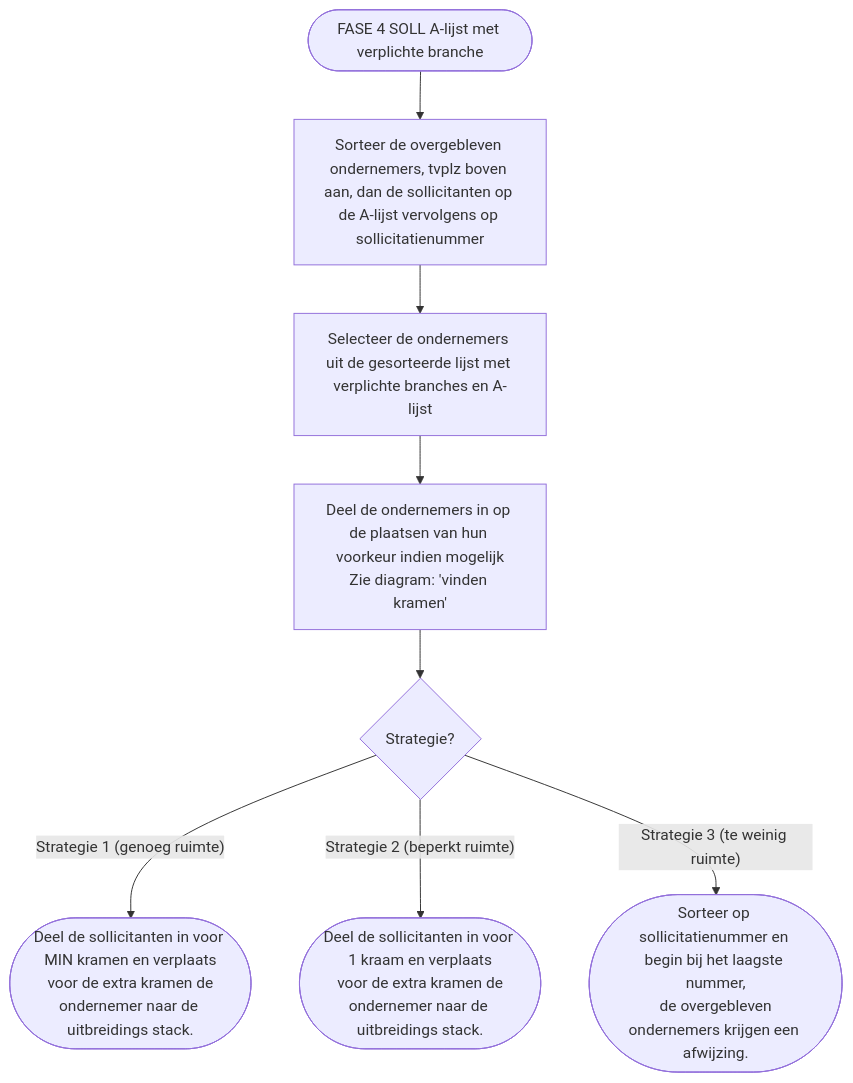
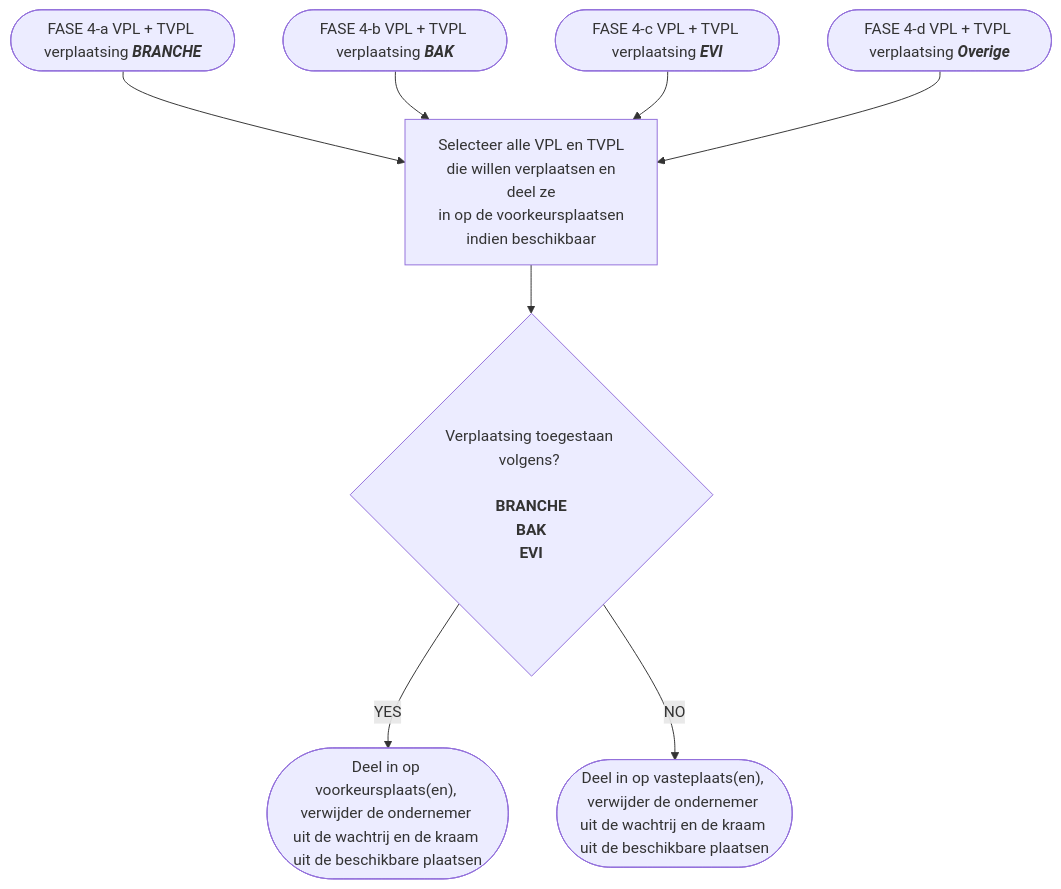
The diagram in diagrams/src/fase_4.mmd (Amsterdam/makkelijkemarkt-allocation), drawn with Mermaid before and after one commit. The commit also changed other lines of this file and 46 other files, not shown here.

Commit message:
new diagrams

```diff
--- a/diagrams/src/fase_4.mmd
+++ b/diagrams/src/fase_4.mmd
@@ -1,9 +1,12 @@
 graph TD
-    A([FASE 4 SOLL A-lijst met verplichte branche]) -->
-    B[Sorteer de overgebleven ondernemers, tvplz boven aan, dan de sollicitanten op de A-lijst vervolgens op sollicitatienummer] -->
-    C[Selecteer de ondernemers uit de gesorteerde lijst met verplichte branches en A-lijst] -->
-    D[Deel de ondernemers in op de plaatsen van hun voorkeur indien mogelijk<br>Zie diagram: 'vinden kramen'] -->
-    E{Strategie?}              
-    E --"Strategie 1 (genoeg ruimte)"--> E1(["Deel de sollicitanten in voor MIN kramen en verplaats<br> voor de extra kramen de ondernemer naar de uitbreidings stack."])
-    E --"Strategie 2 (beperkt ruimte)"--> E2(["Deel de sollicitanten in voor 1 kraam en verplaats<br> voor de extra kramen de ondernemer naar de uitbreidings stack."])
-    E --"Strategie 3 (te weinig ruimte)"--> E3(["Sorteer op sollicitatienummer en begin bij het laagste nummer,<br> de overgebleven ondernemers krijgen een afwijzing."])
+    A([FASE 4-a VPL + TVPL verplaatsing <b><i>BRANCHE</i></b>]) -->
+    B[Selecteer alle VPL en TVPL<br> die willen verplaatsen en deel ze<br> in op de voorkeursplaatsen indien beschikbaar] -->
+    C{"Verplaatsing toegestaan volgens? <b><br><br>BRANCHE<br>BAK<br>EVI</b>"}
+    C --YES--> D(["Deel in op voorkeursplaats(en), <br>verwijder de ondernemer uit de wachtrij en de kraam uit de beschikbare plaatsen"])
+    C --NO--> E(["Deel in op vasteplaats(en), <br>verwijder de ondernemer uit de wachtrij en de kraam uit de beschikbare plaatsen"])
+
+    A1([FASE 4-b VPL + TVPL verplaatsing <b><i>BAK</i></b>]) --> B
+    
+    A2([FASE 4-c VPL + TVPL verplaatsing <b><i>EVI</i></b>]) --> B
+    
+    A3([FASE 4-d VPL + TVPL verplaatsing <b><i>Overige</i></b>]) --> B
```
